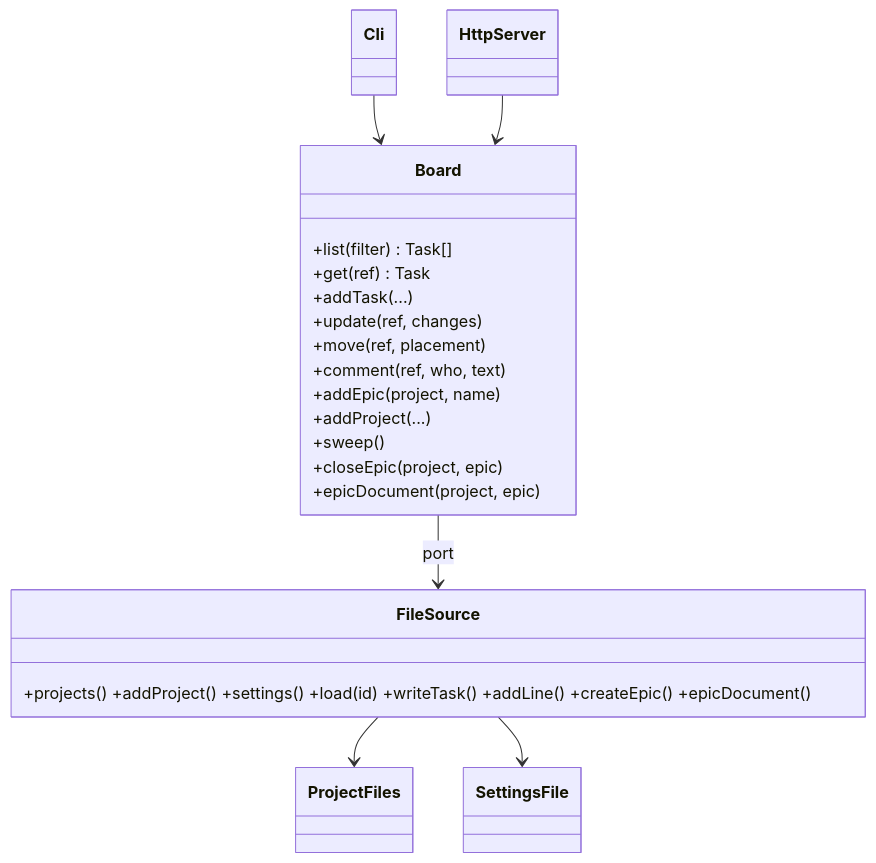
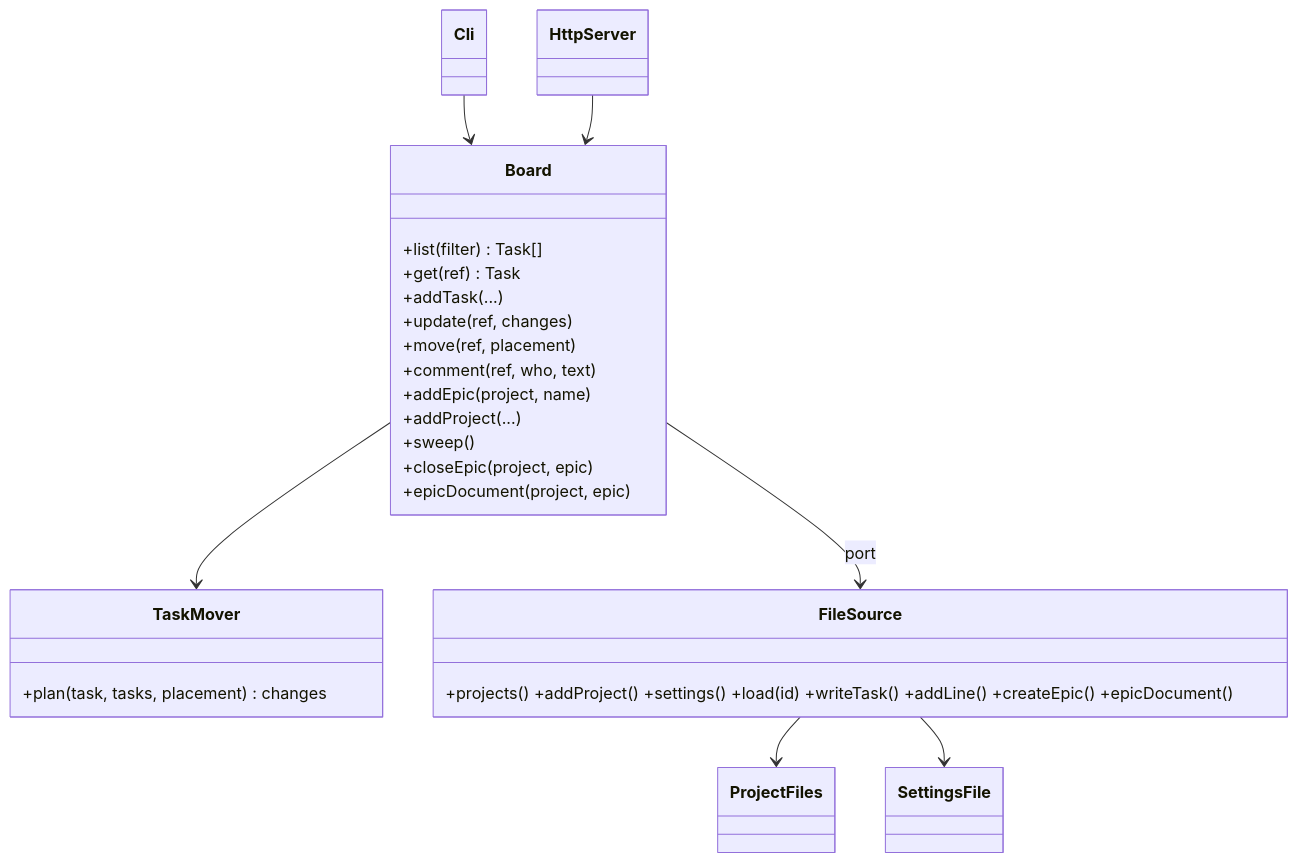
The diagram in Docs/Architecture.md (TabuNuf/doit), drawn with Mermaid before and after one commit. The commit also changed other lines of this file and 4 other files, not shown here.

First line of the commit message:
T-006.1: split the move logic out of Board into TaskMover

````diff
--- a/Docs/Architecture.md
+++ b/Docs/Architecture.md
@@ -36,26 +37,28 @@
 ```mermaid
 classDiagram
   class Board {
     +list(filter) Task[]
     +get(ref) Task
     +addTask(...)
     +update(ref, changes)
     +move(ref, placement)
     +comment(ref, who, text)
     +addEpic(project, name)
     +addProject(...)
     +sweep()
     +closeEpic(project, epic)
     +epicDocument(project, epic)
   }
+  class TaskMover { +plan(task, tasks, placement) changes }
   class FileSource { +projects() +addProject() +settings() +load(id) +writeTask() +addLine() +createEpic() +epicDocument() }
   class ProjectFiles
   class SettingsFile
   class Cli
   class HttpServer
+  Board --> TaskMover
   Board --> FileSource : port
   FileSource --> ProjectFiles
   FileSource --> SettingsFile
   Cli --> Board
   HttpServer --> Board
 ```
````
